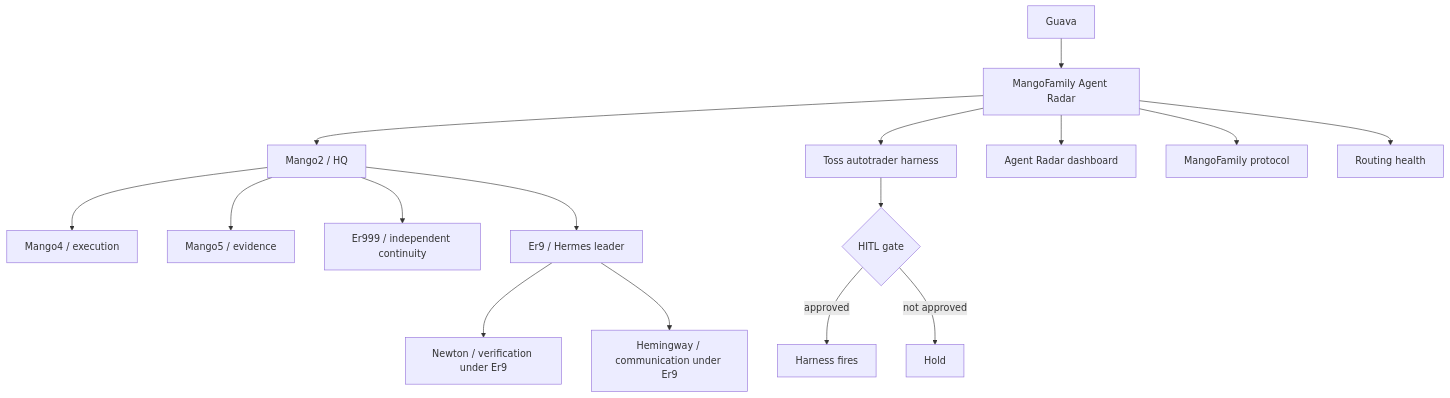
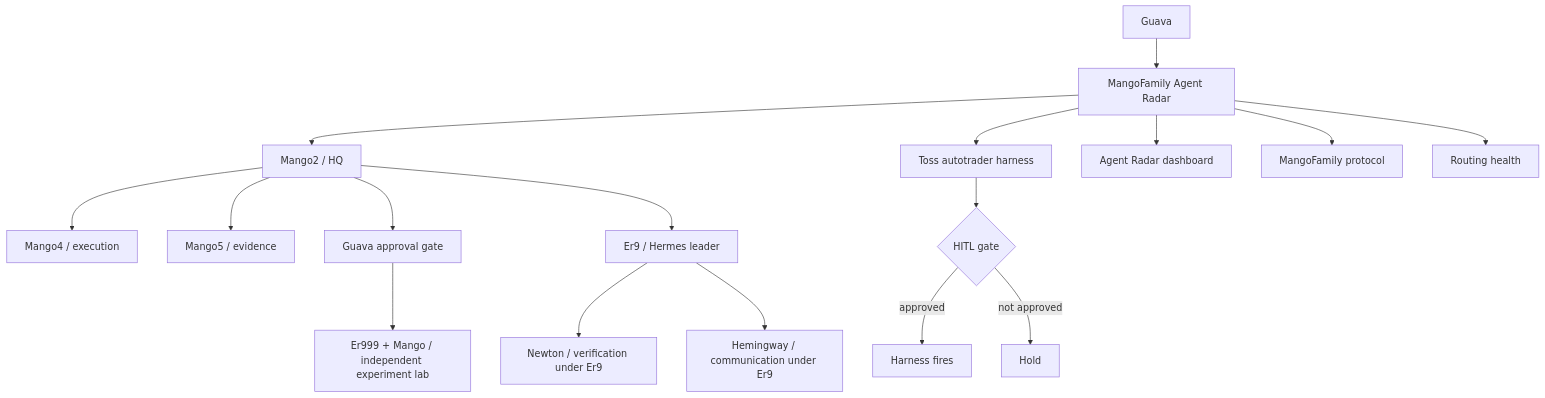
Before and after one commit to SuperGuava/agent-radar-dashboard: the diagram in README.md, drawn with Mermaid. The commit also changed other lines of this file and 3 other files, not shown here.

Commit message:
Clarify Er999 independent lab role

````diff
--- a/README.md
+++ b/README.md
@@ -15,20 +15,21 @@
 ```mermaid
 flowchart TD
   Guava[Guava] --> Radar[MangoFamily Agent Radar]
   Radar --> HQ[Mango2 / HQ]
   HQ --> M4[Mango4 / execution]
   HQ --> M5[Mango5 / evidence]
-  HQ --> E999[Er999 / independent continuity]
+  HQ --> GuavaGate[Guava approval gate]
+  GuavaGate --> E999[Er999 + Mango / independent experiment lab]
   HQ --> E9[Er9 / Hermes leader]
   E9 --> Newton[Newton / verification under Er9]
   E9 --> Hemingway[Hemingway / communication under Er9]
 
   Radar --> W1[Toss autotrader harness]
   Radar --> W2[Agent Radar dashboard]
   Radar --> W3[MangoFamily protocol]
   Radar --> W4[Routing health]
 
   W1 --> G1{HITL gate}
   G1 -->|approved| Fire[Harness fires]
   G1 -->|not approved| Hold[Hold]
 ```
````
